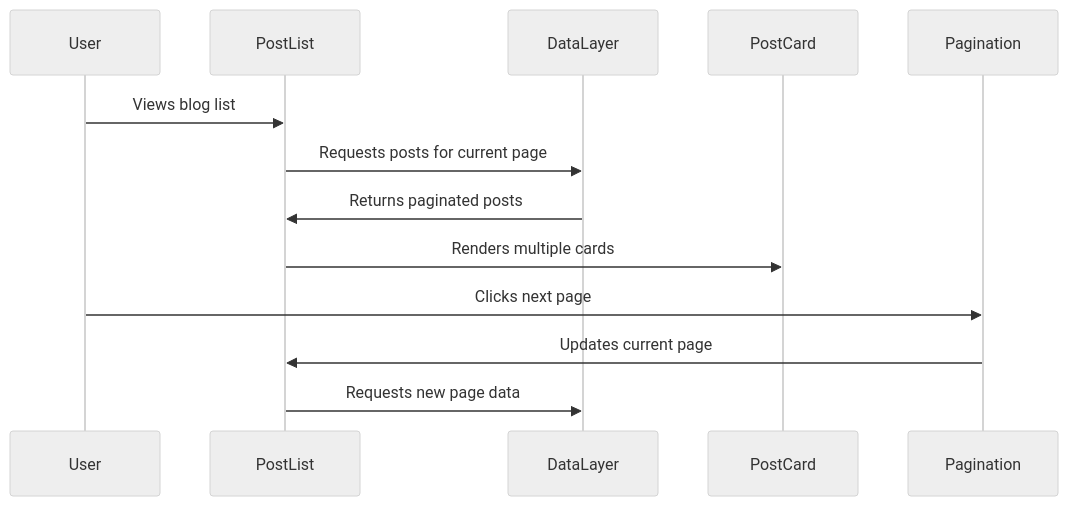
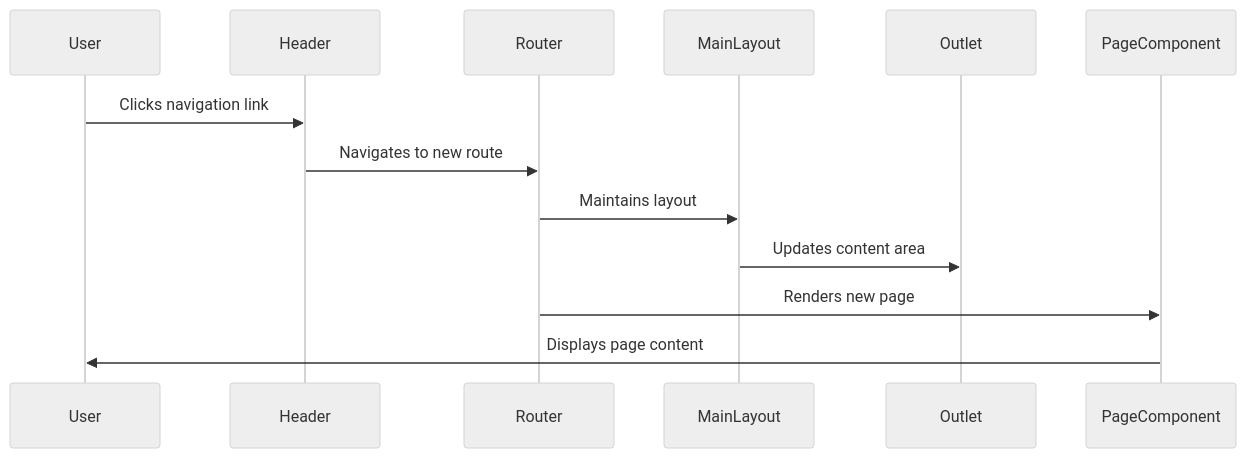
The fourth of 4 diagrams in memory-bank/systemPatterns.md (tatavarthiv/vijay-blog), drawn with Mermaid (neutral theme) before and after one commit. The commit also changed other lines of this file and 25 other files, not shown here.

````diff
--- a/memory-bank/systemPatterns.md
+++ b/memory-bank/systemPatterns.md
@@ -112,10 +115,9 @@
 ```mermaid
 sequenceDiagram
-    User->>PostList: Views blog list
-    PostList->>DataLayer: Requests posts for current page
-    DataLayer->>PostList: Returns paginated posts
-    PostList->>PostCard: Renders multiple cards
-    User->>Pagination: Clicks next page
-    Pagination->>PostList: Updates current page
-    PostList->>DataLayer: Requests new page data
+    User->>Header: Clicks navigation link
+    Header->>Router: Navigates to new route
+    Router->>MainLayout: Maintains layout
+    MainLayout->>Outlet: Updates content area
+    Router->>PageComponent: Renders new page
+    PageComponent->>User: Displays page content
 ```
````
